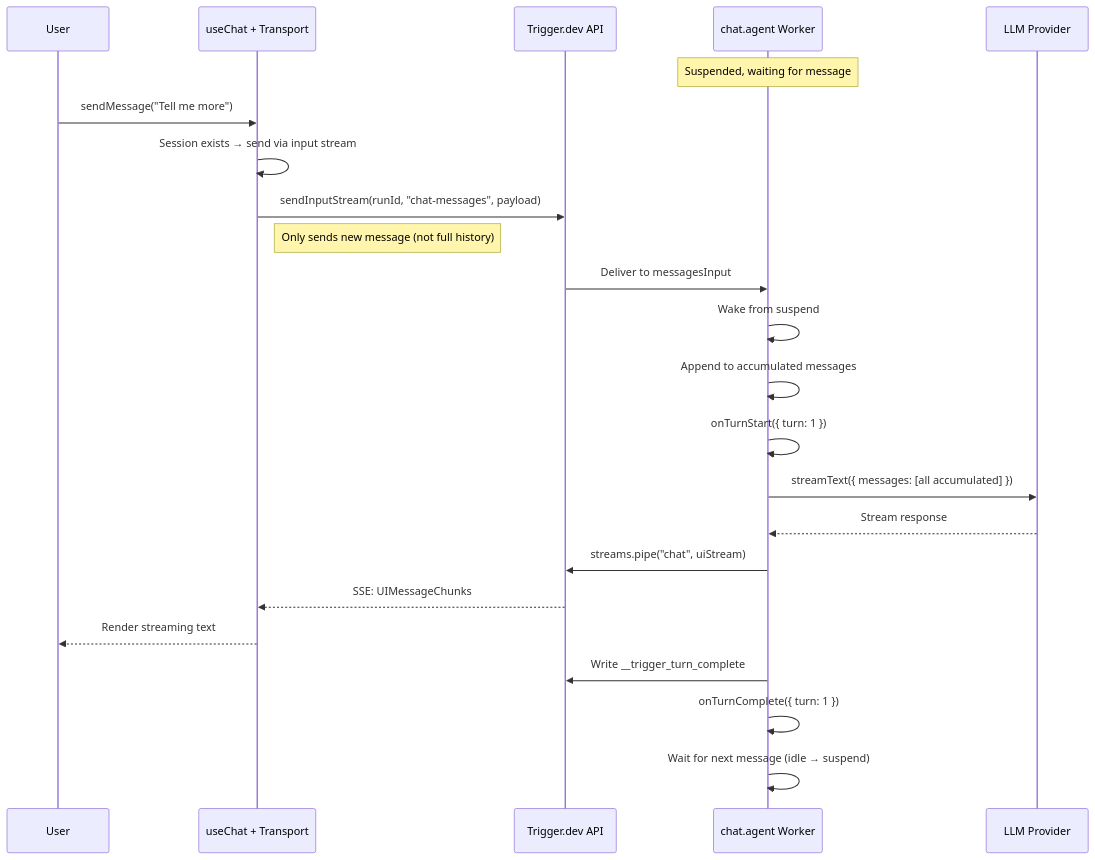
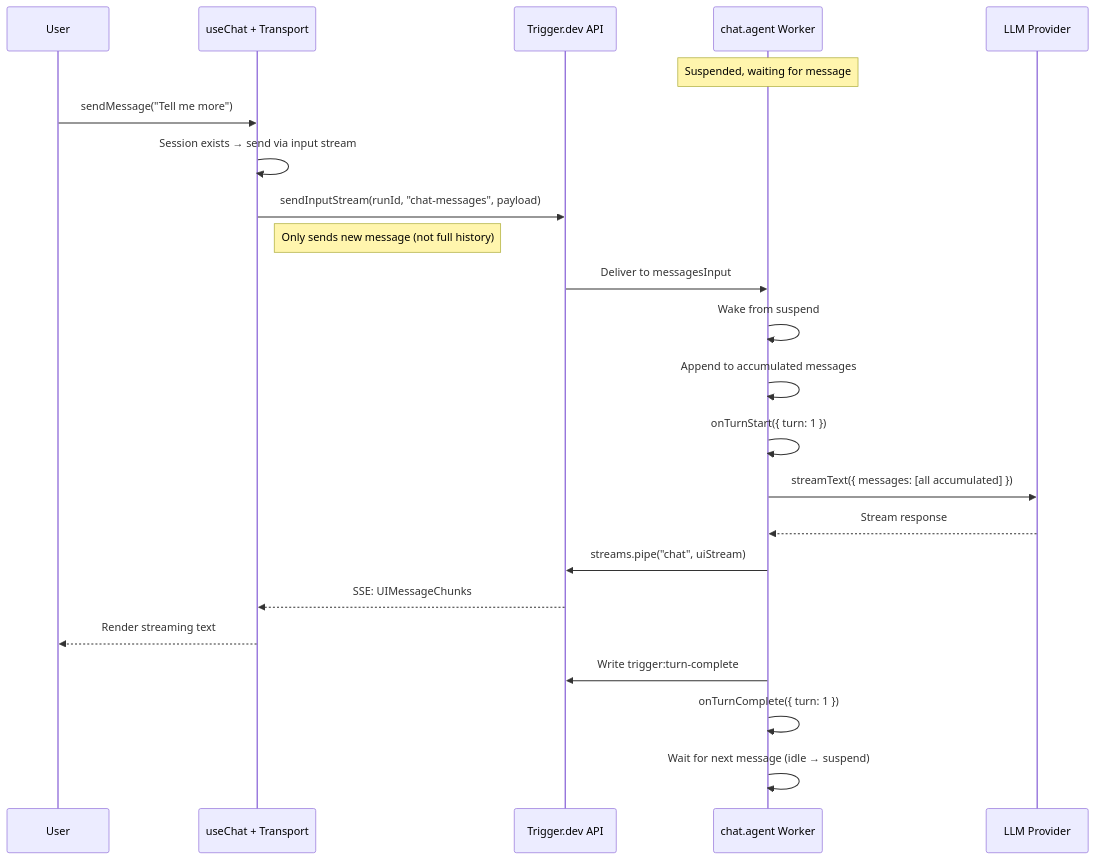
Before and after one commit to triggerdotdev/trigger.dev: the second of 3 diagrams in docs/ai-chat/overview.mdx, drawn with Mermaid. The commit also changed other lines of this file and 4 other files, not shown here.

````diff
--- a/docs/ai-chat/overview.mdx
+++ b/docs/ai-chat/overview.mdx
@@ -55,28 +55,28 @@
 ```mermaid
 sequenceDiagram
     participant User
     participant useChat as useChat + Transport
     participant API as Trigger.dev API
     participant Task as chat.agent Worker
     participant LLM as LLM Provider
 
     Note over Task: Suspended, waiting for message
 
     User->>useChat: sendMessage("Tell me more")
     useChat->>useChat: Session exists → send via input stream
     useChat->>API: sendInputStream(runId, "chat-messages", payload)
     Note right of useChat: Only sends new message (not full history)
 
     API->>Task: Deliver to messagesInput
     Task->>Task: Wake from suspend
     Task->>Task: Append to accumulated messages
     Task->>Task: onTurnStart({ turn: 1 })
     Task->>LLM: streamText({ messages: [all accumulated] })
     LLM-->>Task: Stream response
     Task->>API: streams.pipe("chat", uiStream)
     API-->>useChat: SSE: UIMessageChunks
     useChat-->>User: Render streaming text
-    Task->>API: Write __trigger_turn_complete
+    Task->>API: Write trigger:turn-complete
     Task->>Task: onTurnComplete({ turn: 1 })
     Task->>Task: Wait for next message (idle → suspend)
 ```
````
